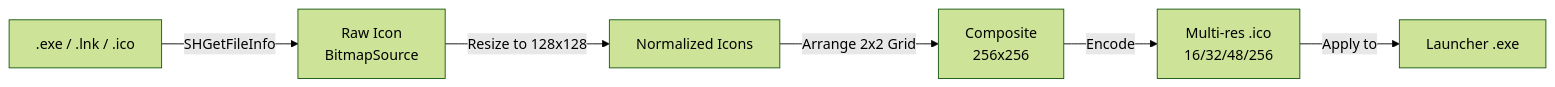
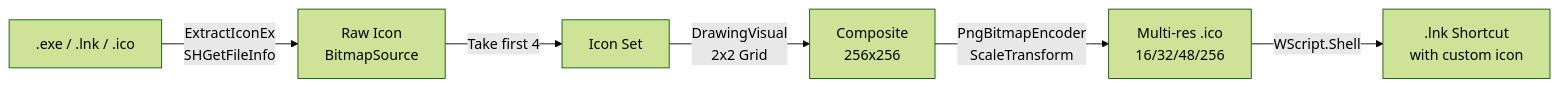
The second of 2 diagrams in docs/architecture.md (Chookees/taskbar-grouping), drawn with Mermaid (forest theme) before and after one commit. The commit also changed other lines of this file and 5 other files, not shown here.

````diff
--- a/docs/architecture.md
+++ b/docs/architecture.md
@@ -109,8 +143,8 @@
 ```mermaid
 graph LR
-    A[.exe / .lnk / .ico] -->|SHGetFileInfo| B[Raw Icon<br/>BitmapSource]
-    B -->|Resize to 128x128| C[Normalized Icons]
-    C -->|Arrange 2x2 Grid| D[Composite<br/>256x256]
-    D -->|Encode| E[Multi-res .ico<br/>16/32/48/256]
-    E -->|Apply to| F[Launcher .exe]
+    A[.exe / .lnk / .ico] -->|ExtractIconEx<br/>SHGetFileInfo| B[Raw Icon<br/>BitmapSource]
+    B -->|Take first 4| C[Icon Set]
+    C -->|DrawingVisual<br/>2x2 Grid| D[Composite<br/>256x256]
+    D -->|PngBitmapEncoder<br/>ScaleTransform| E[Multi-res .ico<br/>16/32/48/256]
+    E -->|WScript.Shell| F[.lnk Shortcut<br/>with custom icon]
 ```
````
